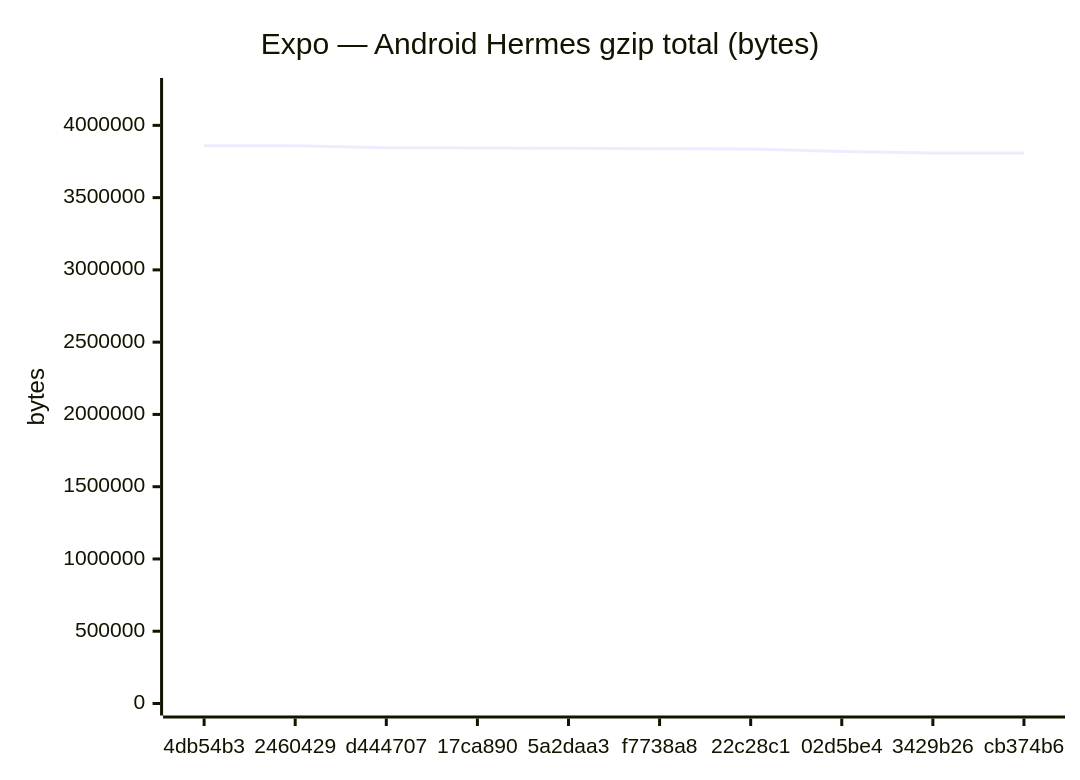
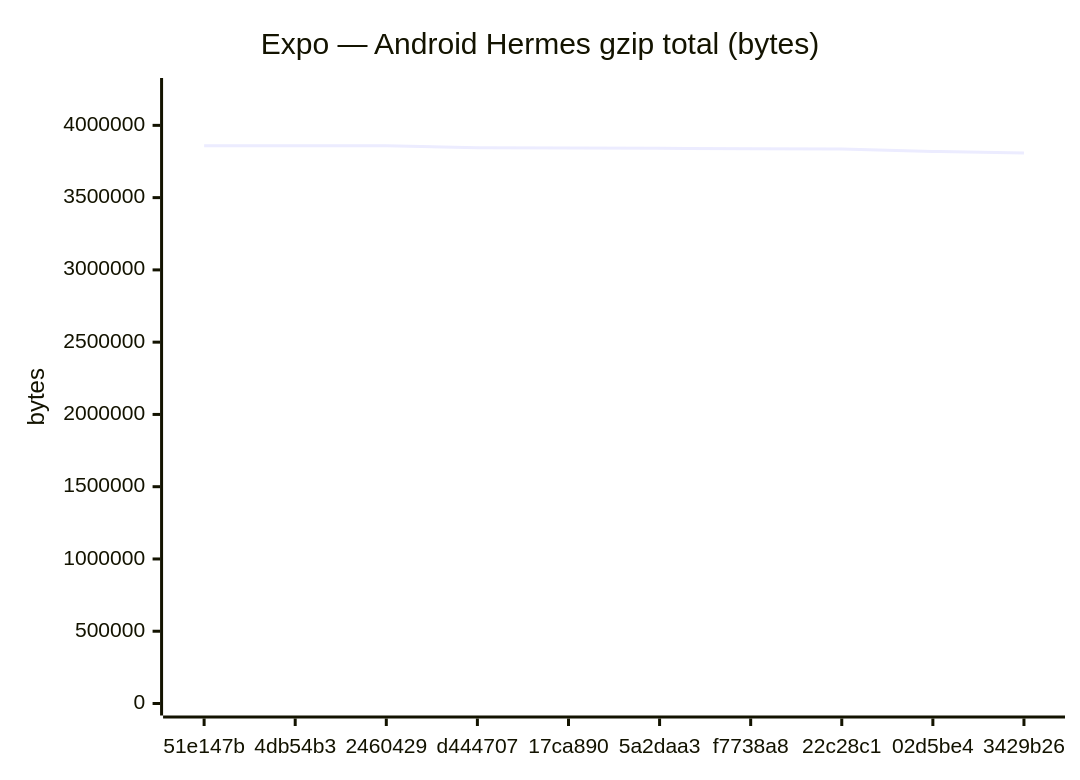
One commit to Metaheurist/Rianell changed the fifth of 18 diagrams in benchmarks/compare.md. Above: the diagram before and after it, drawn with Mermaid. The commit also changed other lines of this file and 11 other files, not shown here.

````diff
--- a/benchmarks/compare.md
+++ b/benchmarks/compare.md
@@ -89,7 +89,7 @@
 ```mermaid
 xychart-beta
     title "Expo — Android Hermes gzip total (bytes)"
-    x-axis ["4db54b3", "2460429", "d444707", "17ca890", "5a2daa3", "f7738a8", "22c28c1", "02d5be4", "3429b26", "cb374b6"]
+    x-axis ["51e147b", "4db54b3", "2460429", "d444707", "17ca890", "5a2daa3", "f7738a8", "22c28c1", "02d5be4", "3429b26"]
     y-axis "bytes" 0 --> 4244641
-    line [3858762, 3858764, 3845905, 3843474, 3841087, 3837618, 3836645, 3819535, 3807947, 3807947]
+    line [3858763, 3858762, 3858764, 3845905, 3843474, 3841087, 3837618, 3836645, 3819535, 3807947]
 ```
````
